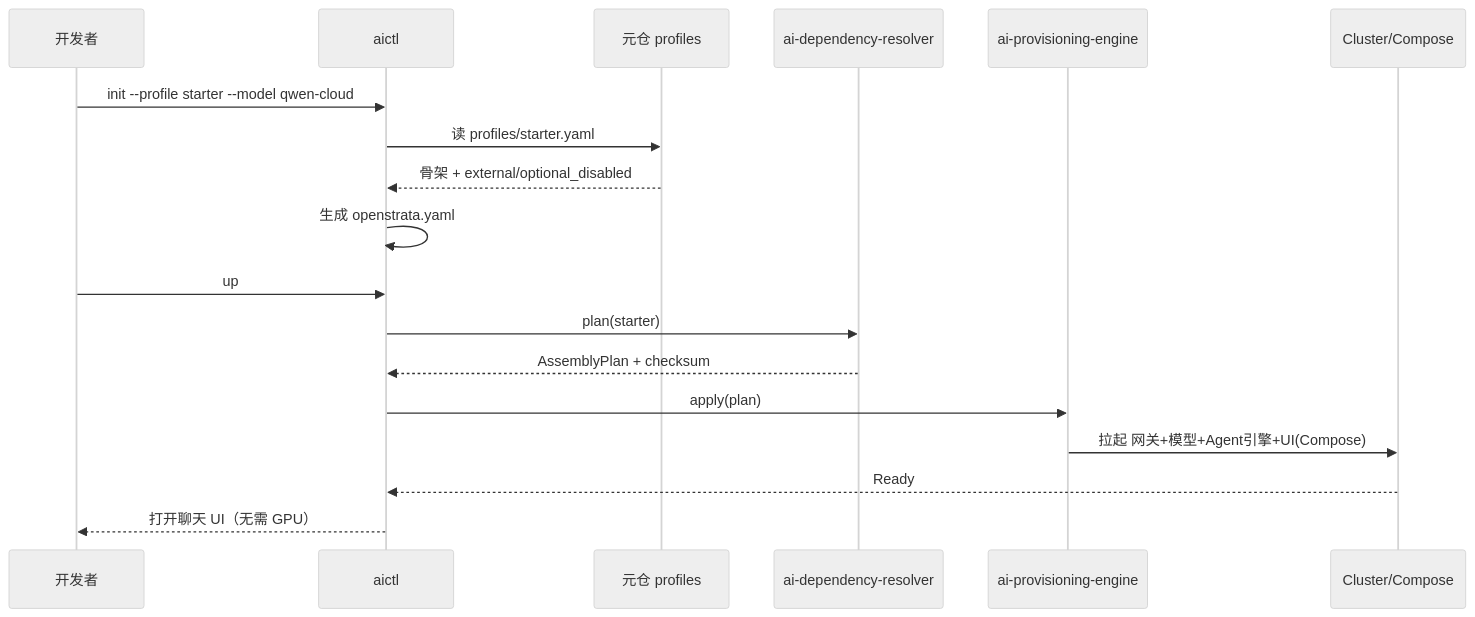
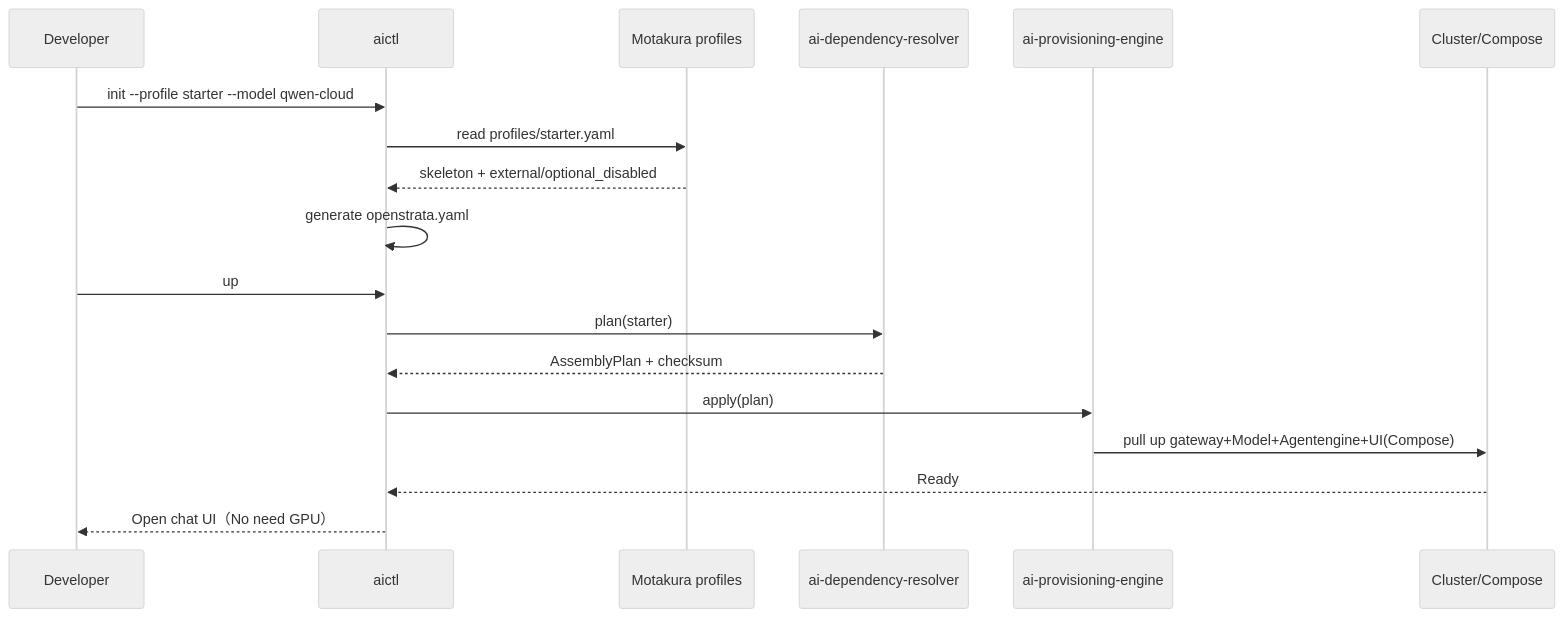
One commit to open-strata-ai/ai-cli changed the second of 2 diagrams in design/DESIGN.md. Above: the diagram before and after it, drawn with Mermaid (neutral theme). The commit also changed other lines of this file and 10 other files, not shown here.

````diff
--- a/design/DESIGN.md
+++ b/design/DESIGN.md
@@ -180,21 +180,21 @@
 ```mermaid
 sequenceDiagram
-    participant D as 开发者
+    participant D as Developer
     participant CLI as aictl
-    participant M as 元仓 profiles
+    participant M as Motakura profiles
     participant R as ai-dependency-resolver
     participant P as ai-provisioning-engine
     participant C as Cluster/Compose
 
     D->>CLI: init --profile starter --model qwen-cloud
-    CLI->>M: 读 profiles/starter.yaml
-    M-->>CLI: 骨架 + external/optional_disabled
-    CLI->>CLI: 生成 openstrata.yaml
+    CLI->>M: read profiles/starter.yaml
+    M-->>CLI: skeleton + external/optional_disabled
+    CLI->>CLI: generate openstrata.yaml
     D->>CLI: up
     CLI->>R: plan(starter)
     R-->>CLI: AssemblyPlan + checksum
     CLI->>P: apply(plan)
-    P->>C: 拉起 网关+模型+Agent引擎+UI(Compose)
+    P->>C: pull up gateway+Model+Agentengine+UI(Compose)
     C-->>CLI: Ready
-    CLI-->>D: 打开聊天 UI（无需 GPU）
+    CLI-->>D: Open chat UI（No need GPU）
 ```
````
